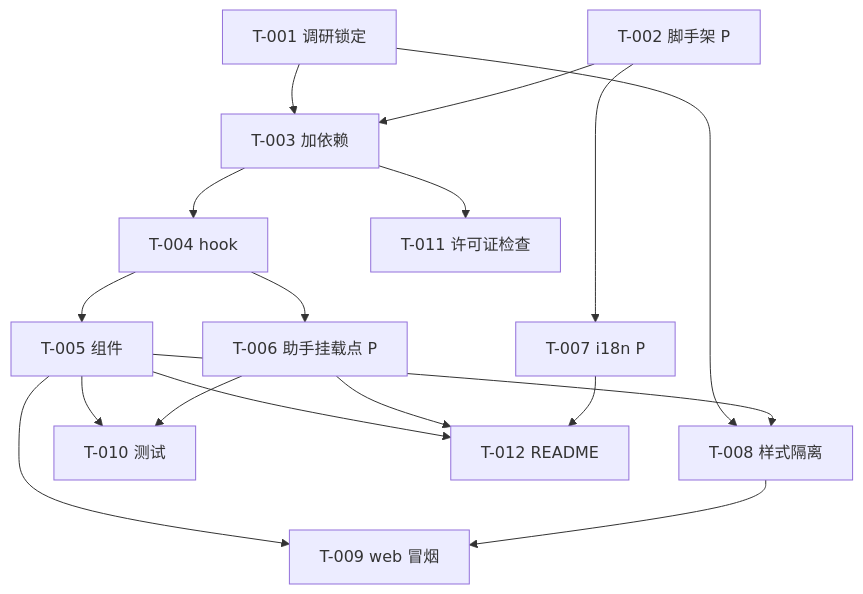
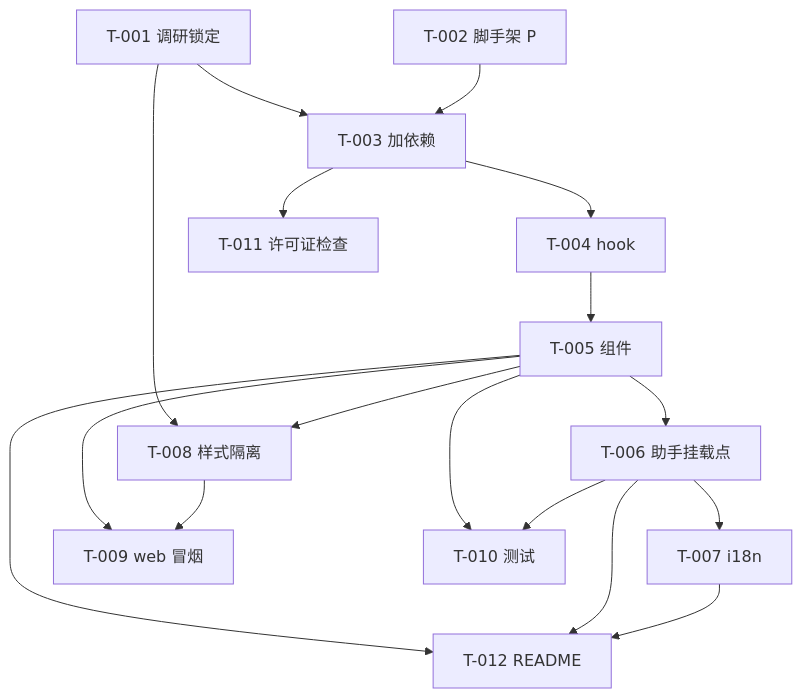
One commit to ecafe8/tap-note changed the diagram in docs/prd/sub-editor-experience/feat-rich-text-editor/dev-plan.md. Above: the diagram before and after it, drawn with Mermaid. The commit also changed other lines of this file and 4 other files, not shown here.

````diff
--- a/docs/prd/sub-editor-experience/feat-rich-text-editor/dev-plan.md
+++ b/docs/prd/sub-editor-experience/feat-rich-text-editor/dev-plan.md
@@ -258,32 +257,32 @@
 ```mermaid
 graph TD
     T001[T-001 调研锁定]
     T002[T-002 脚手架 P]
     T003[T-003 加依赖]
     T004[T-004 hook]
     T005[T-005 组件]
-    T006[T-006 助手挂载点 P]
-    T007[T-007 i18n P]
+    T006[T-006 助手挂载点]
+    T007[T-007 i18n]
     T008[T-008 样式隔离]
     T009[T-009 web 冒烟]
     T010[T-010 测试]
     T011[T-011 许可证检查]
     T012[T-012 README]
 
     T001 --> T003
     T002 --> T003
-    T002 --> T007
     T003 --> T004
     T004 --> T005
-    T004 --> T006
+    T005 --> T006
+    T006 --> T007
     T001 --> T008
     T005 --> T008
     T005 --> T009
     T008 --> T009
     T005 --> T010
     T006 --> T010
     T003 --> T011
     T005 --> T012
     T006 --> T012
     T007 --> T012
 ```
````
